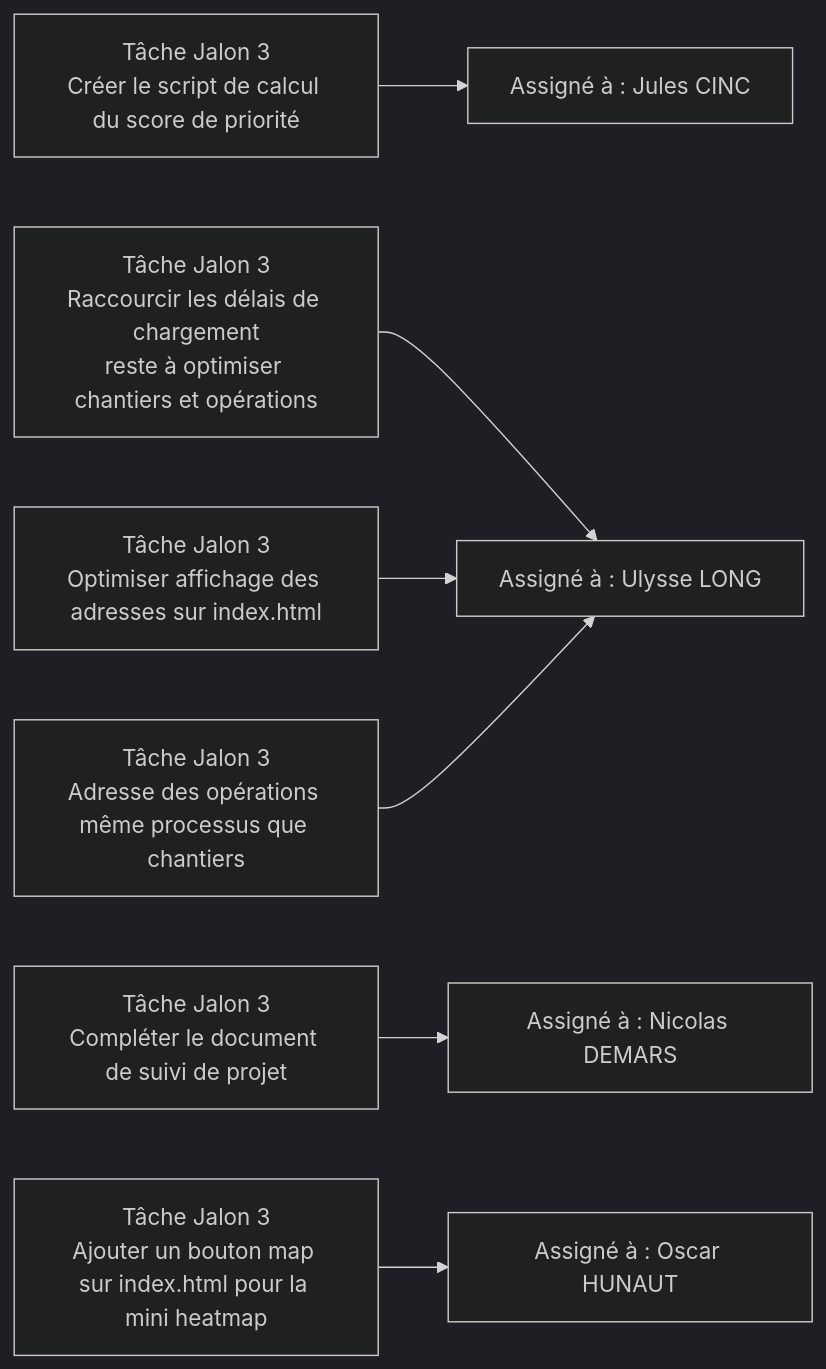
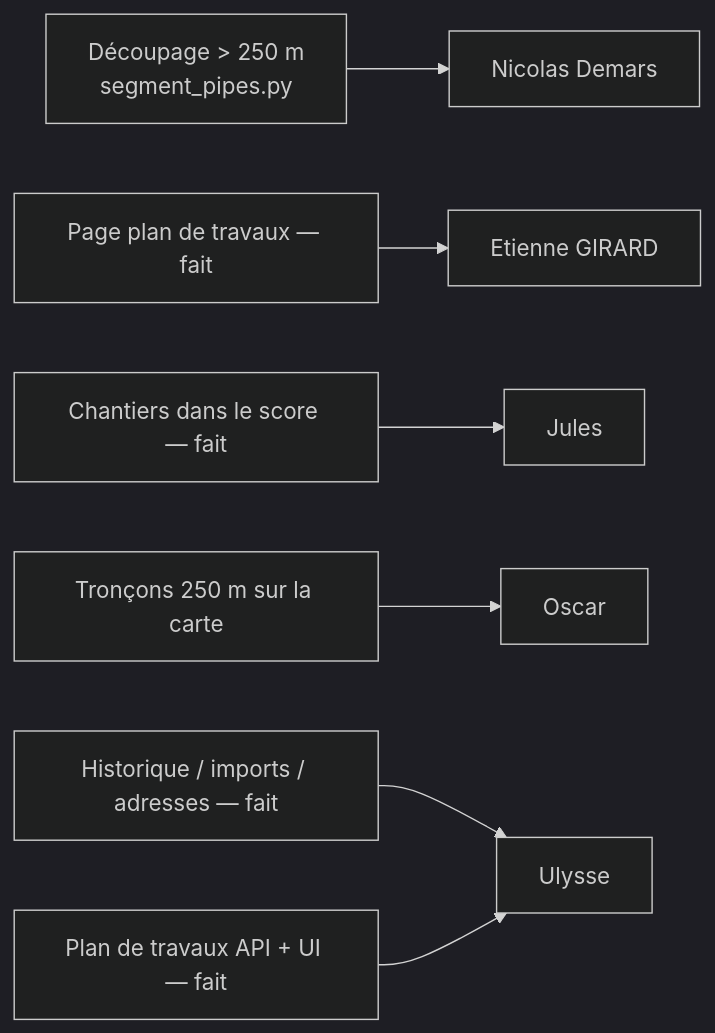
One commit to JulesCinc/RenovTaCana changed the diagram in README.md. Above: the diagram before and after it, drawn with Mermaid (dark theme). The commit also changed other lines of this file and 54 other files, not shown here.

````diff
--- a/README.md
+++ b/README.md
@@ -94,9 +155,9 @@
 ```mermaid
 flowchart LR
-    T[Tâche Jalon 3<br/>Créer le script de calcul du score de priorité] --> A[Assigné à : Jules CINC]
-    U1[Tâche Jalon 3<br/>Raccourcir les délais de chargement<br/>reste à optimiser chantiers et opérations] --> U[Assigné à : Ulysse LONG]
-    U2[Tâche Jalon 3<br/>Optimiser affichage des adresses sur index.html] --> U
-    U3[Tâche Jalon 3<br/>Adresse des opérations même processus que chantiers] --> U
-    N1[Tâche Jalon 3<br/>Compléter le document de suivi de projet] --> N[Assigné à : Nicolas DEMARS]
-    O1[Tâche Jalon 3<br/>Ajouter un bouton map sur index.html pour la mini heatmap] --> O[Assigné à : Oscar HUNAUT]
+    N1[Découpage > 250 m<br/>segment_pipes.py] --> N[Nicolas Demars]
+    E1[Page plan de travaux — fait] --> E[Etienne GIRARD]
+    J1[Chantiers dans le score — fait] --> J[Jules]
+    O1[Tronçons 250 m sur la carte] --> O[Oscar]
+    U1[Historique / imports / adresses — fait] --> U[Ulysse]
+    U2[Plan de travaux API + UI — fait] --> U
 ```
````
